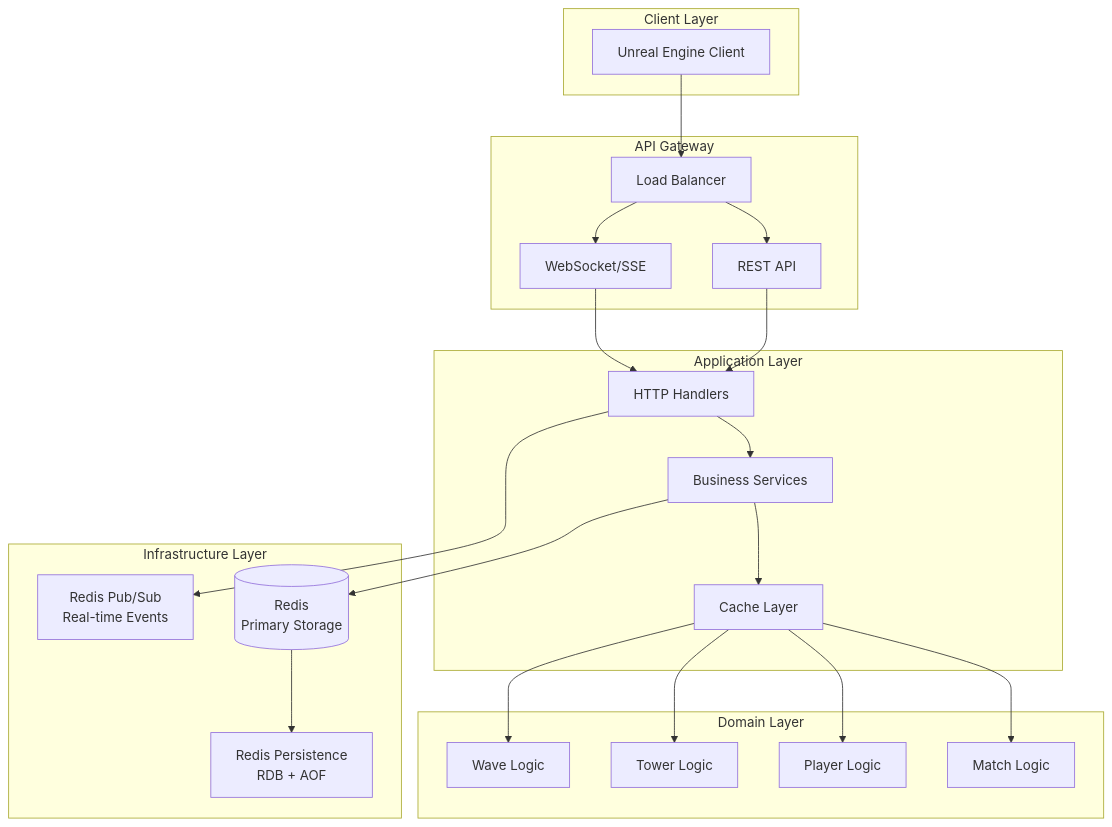
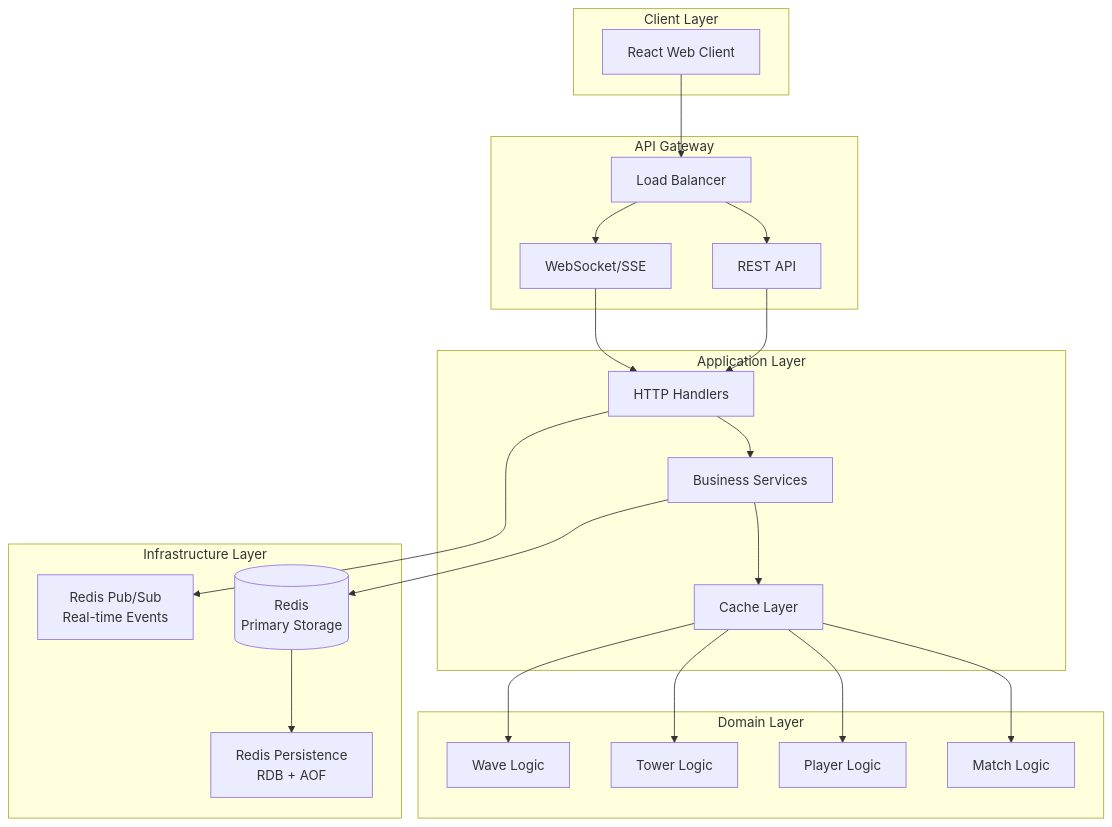
The first of 2 diagrams in README.md (homveloper/defense-allies-server), drawn with Mermaid before and after one commit. The commit also changed other lines of this file and 29 other files, not shown here.

````diff
--- a/README.md
+++ b/README.md
@@ -19,46 +19,46 @@
 ```mermaid
 graph TB
     subgraph "Client Layer"
-        UE[Unreal Engine Client]
+        REACT[React Web Client]
     end
 
     subgraph "API Gateway"
         LB[Load Balancer]
         API[REST API]
         WS[WebSocket/SSE]
     end
 
     subgraph "Application Layer"
         HANDLER[HTTP Handlers]
         SERVICE[Business Services]
         CACHE[Cache Layer]
     end
 
     subgraph "Domain Layer"
         MATCH[Match Logic]
         PLAYER[Player Logic]
         TOWER[Tower Logic]
         WAVE[Wave Logic]
     end
 
     subgraph "Infrastructure Layer"
         REDIS[(Redis<br/>Primary Storage)]
         PUBSUB[Redis Pub/Sub<br/>Real-time Events]
         PERSIST[Redis Persistence<br/>RDB + AOF]
     end
 
-    UE --> LB
+    REACT --> LB
     LB --> API
     LB --> WS
     API --> HANDLER
     WS --> HANDLER
     HANDLER --> SERVICE
     SERVICE --> CACHE
     CACHE --> MATCH
     CACHE --> PLAYER
     CACHE --> TOWER
     CACHE --> WAVE
     SERVICE --> REDIS
     HANDLER --> PUBSUB
     REDIS --> PERSIST
 ```
````
